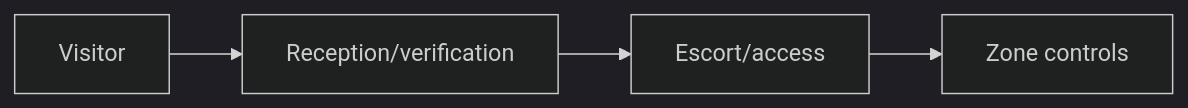
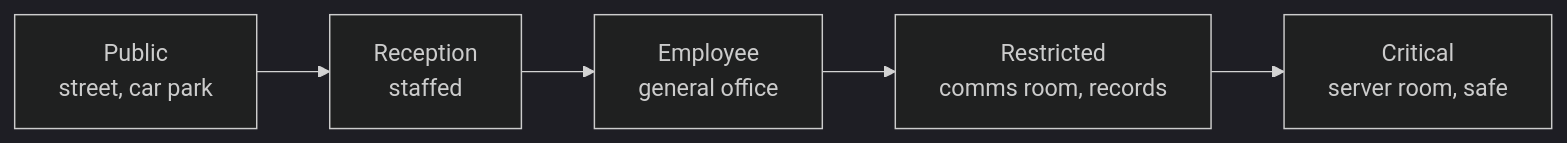
One commit to nnr-root/cybersec-crook2root-notes changed the diagram in Offensive Security/Social Engineering/Physical Social Engineering/Tailgating, Facility & Visitor Process Testing.md. Above: the diagram before and after it, drawn with Mermaid (dark theme). The commit also changed other lines of this file and 2 other files, not shown here.

````diff
--- a/Offensive Security/Social Engineering/Physical Social Engineering/Tailgating, Facility & Visitor Process Testing.md
+++ b/Offensive Security/Social Engineering/Physical Social Engineering/Tailgating, Facility & Visitor Process Testing.md
@@ -12,6 +42,7 @@
 ```mermaid
 flowchart LR
-    V["Visitor"] --> R["Reception/verification"]
-    R --> E["Escort/access"]
-    E --> Z["Zone controls"]
+    P["Public<br/>street, car park"] --> R["Reception<br/>staffed"]
+    R --> E["Employee<br/>general office"]
+    E --> S["Restricted<br/>comms room, records"]
+    S --> C["Critical<br/>server room, safe"]
 ```
````
